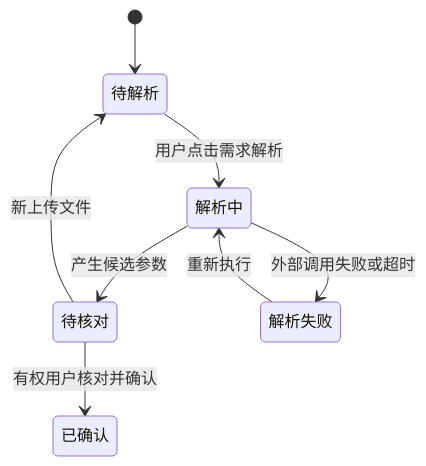
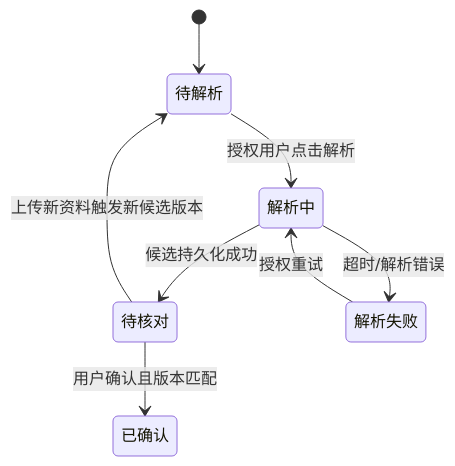
One commit to wamper64/dev-workflow changed the diagram in docs/examples/报价项目/module-design/报价需求核对模块设计示例.md. Above: the diagram before and after it, drawn with Mermaid. The commit also changed other lines of this file and 4 other files, not shown here.

````diff
--- a/docs/examples/报价项目/module-design/报价需求核对模块设计示例.md
+++ b/docs/examples/报价项目/module-design/报价需求核对模块设计示例.md
@@ -7,10 +26,10 @@
 ```mermaid
 stateDiagram-v2
   [*] --> 待解析
-  待解析 --> 解析中: 用户点击需求解析
-  解析中 --> 待核对: 产生候选参数
-  解析中 --> 解析失败: 外部调用失败或超时
-  待核对 --> 已确认: 有权用户核对并确认
-  待核对 --> 待解析: 新上传文件
-  解析失败 --> 解析中: 重新执行
+  待解析 --> 解析中: 授权用户点击解析
+  解析中 --> 待核对: 候选持久化成功
+  解析中 --> 解析失败: 超时/解析错误
+  解析失败 --> 解析中: 授权重试
+  待核对 --> 已确认: 用户确认且版本匹配
+  待核对 --> 待解析: 上传新资料触发新候选版本
 ```
````
